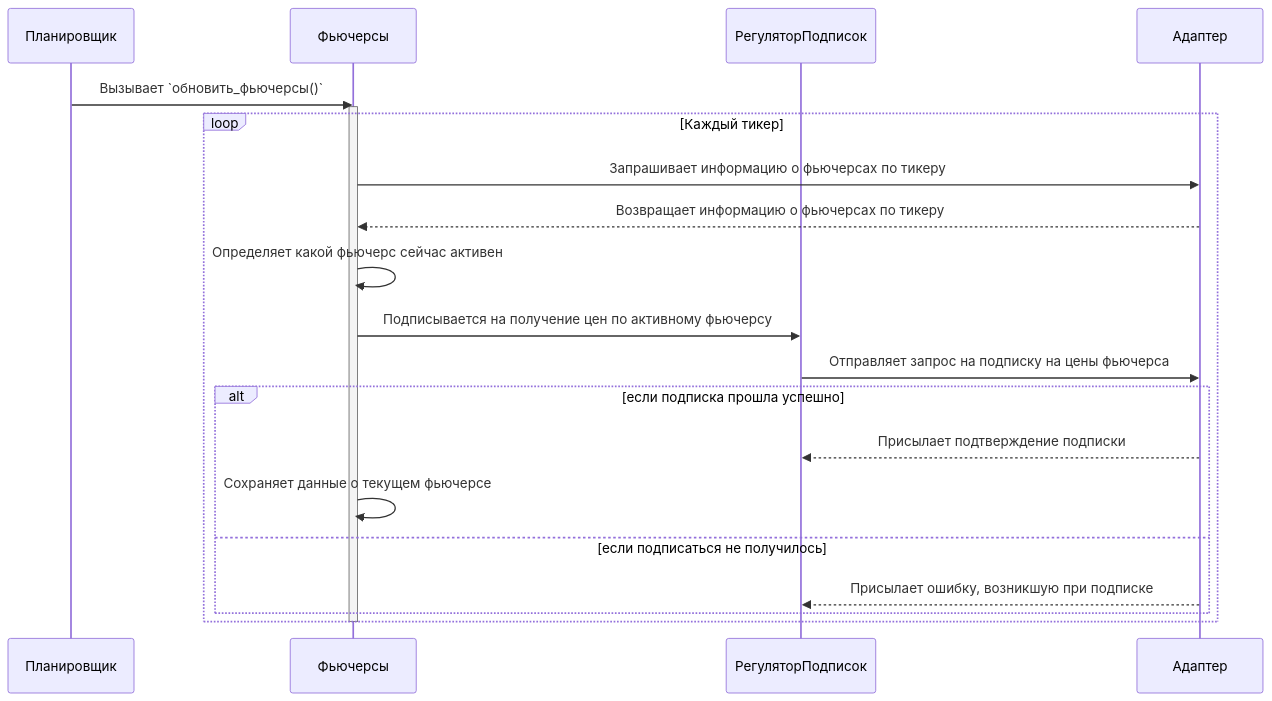
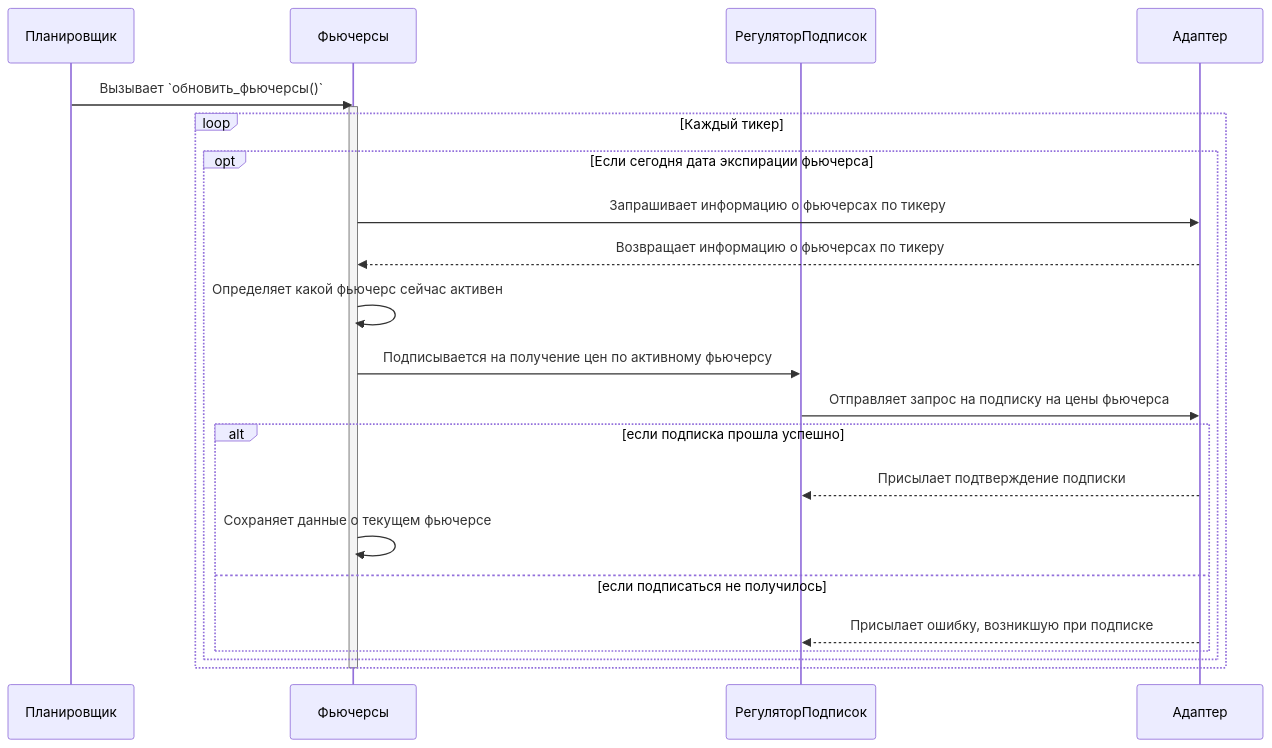
One commit to Marat22/MiriadRobotDocs changed diagram 15 of 23 in robot-logic.md. Above: the diagram before and after it, drawn with Mermaid.

Commit message:
Указал в процессе, что обновление фьючерсов происходит только на экспирации

````diff
--- a/robot-logic.md
+++ b/robot-logic.md
@@ -415,24 +415,26 @@
 ```mermaid
 sequenceDiagram
   participant Планировщик
   participant Фьючерсы
   participant РегуляторПодписок
   participant Планировщик
 
   Планировщик->>Фьючерсы: Вызывает `обновить_фьючерсы()`
   activate Фьючерсы
   loop Каждый тикер
+  opt Если сегодня дата экспирации фьючерса
   Фьючерсы->>Адаптер: Запрашивает информацию о фьючерсах по тикеру
   Адаптер-->>Фьючерсы: Возвращает информацию о фьючерсах по тикеру
   Фьючерсы->>Фьючерсы: Определяет какой фьючерс сейчас активен
   Фьючерсы->>РегуляторПодписок: Подписывается на получение цен по активному фьючерсу
   РегуляторПодписок->>Адаптер: Отправляет запрос на подписку на цены фьючерса
   alt если подписка прошла успешно
   Адаптер-->>РегуляторПодписок: Присылает подтверждение подписки
   Фьючерсы->>Фьючерсы: Сохраняет данные о текущем фьючерсе
   else если подписаться не получилось
   Адаптер-->>РегуляторПодписок: Присылает ошибку, возникшую при подписке
   end
   end
+  end
   deactivate Фьючерсы
 ```
````
